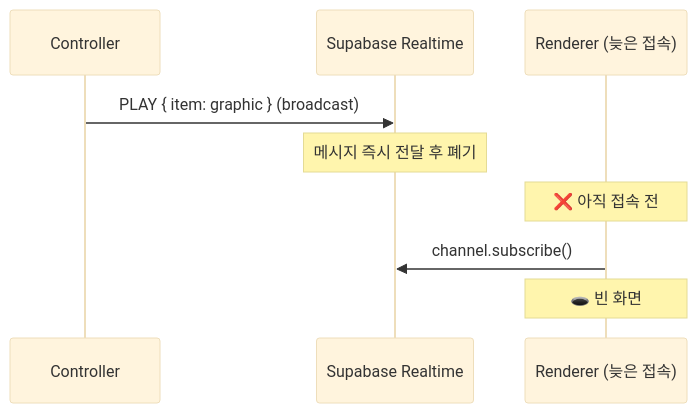
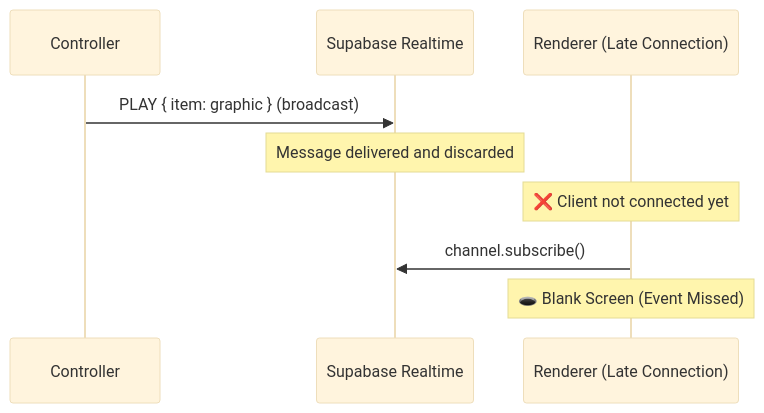
One commit to gkisanet/webcg-k changed the first of 2 diagrams in webcg-k/docs/guide/TROUBLESHOOTING.md. Above: the diagram before and after it, drawn with Mermaid (base theme). The commit also changed other lines of this file and 39 other files, not shown here.

````diff
--- a/webcg-k/docs/guide/TROUBLESHOOTING.md
+++ b/webcg-k/docs/guide/TROUBLESHOOTING.md
@@ -78,12 +74,12 @@
 ```mermaid
 sequenceDiagram
     participant C as Controller
     participant S as Supabase Realtime
-    participant R as Renderer (늦은 접속)
+    participant R as Renderer (Late Connection)
 
     C->>S: PLAY { item: graphic } (broadcast)
-    Note over S: 메시지 즉시 전달 후 폐기
-    Note over R: ❌ 아직 접속 전
+    Note over S: Message delivered and discarded
+    Note over R: ❌ Client not connected yet
     R->>S: channel.subscribe()
-    Note over R: 🕳️ 빈 화면
+    Note over R: 🕳️ Blank Screen (Event Missed)
 ```
````
